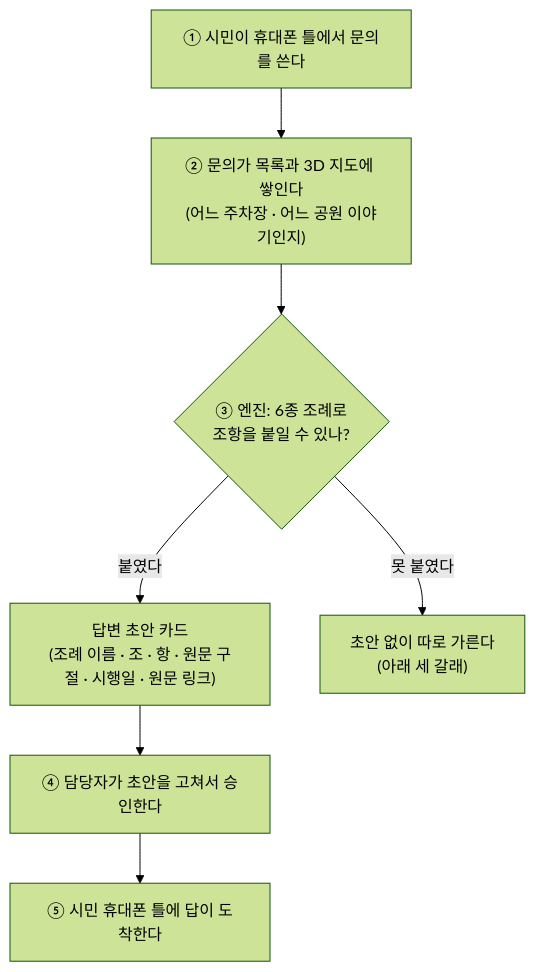
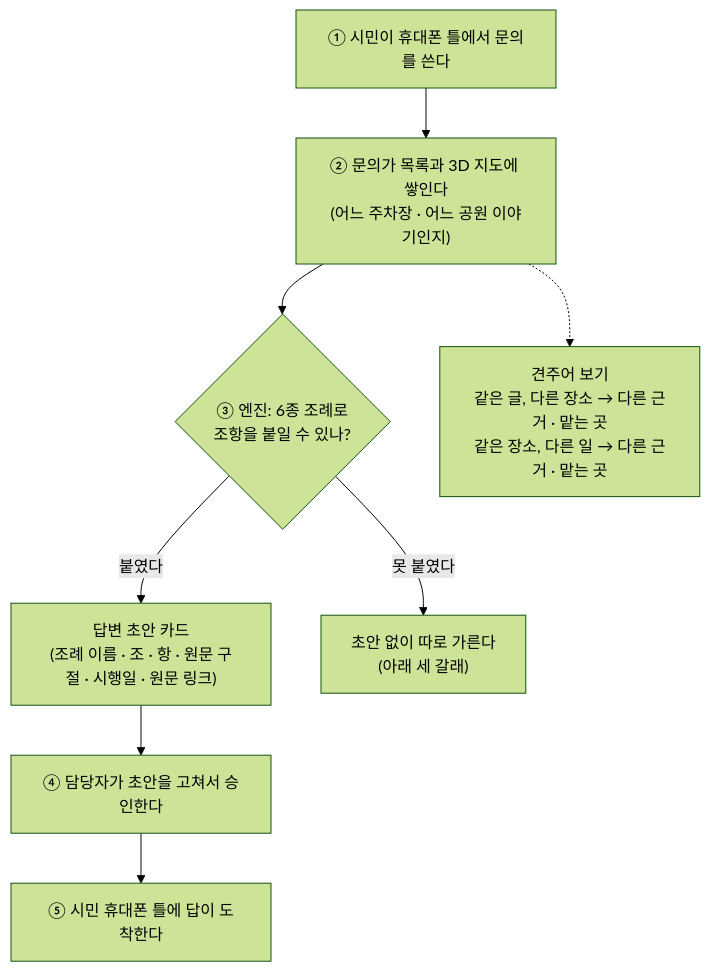
The diagram in docs/PRD-요약.md (team-gg-aibc/aibc2026-gg), drawn with Mermaid (forest theme) before and after one commit. The commit also changed other lines of this file and 1 other file, not shown here.

````diff
--- a/docs/PRD-요약.md
+++ b/docs/PRD-요약.md
@@ -55,9 +61,10 @@
 ```mermaid
 flowchart TD
   A["① 시민이 휴대폰 틀에서 문의를 쓴다"] --> B["② 문의가 목록과 3D 지도에 쌓인다<br/>(어느 주차장 · 어느 공원 이야기인지)"]
   B --> C{"③ 엔진: 6종 조례로<br/>조항을 붙일 수 있나?"}
+  B -.-> V["견주어 보기<br/>같은 글, 다른 장소 → 다른 근거 · 맡는 곳<br/>같은 장소, 다른 일 → 다른 근거 · 맡는 곳"]
   C -->|붙였다| D["답변 초안 카드<br/>(조례 이름 · 조 · 항 · 원문 구절 · 시행일 · 원문 링크)"]
   C -->|못 붙였다| E["초안 없이 따로 가른다<br/>(아래 세 갈래)"]
   D --> F["④ 담당자가 초안을 고쳐서 승인한다"]
   F --> G["⑤ 시민 휴대폰 틀에 답이 도착한다"]
 ```
````
